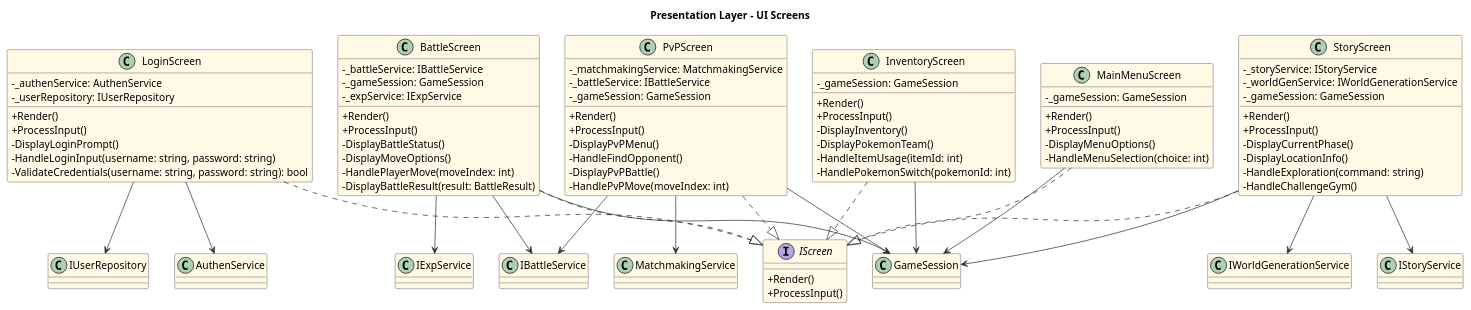
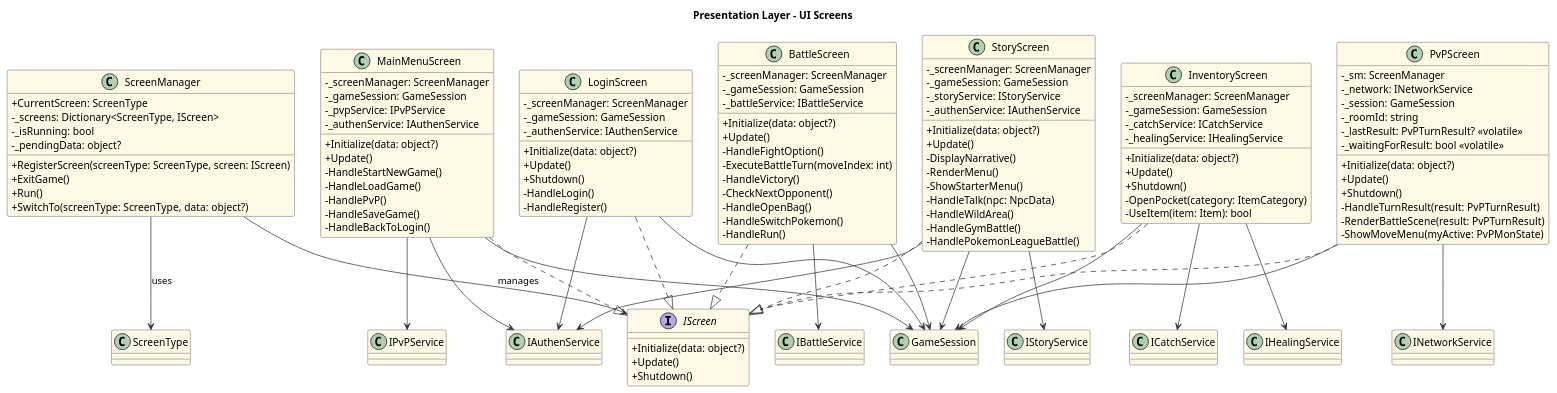
One commit to devKasumi/PokemonConsole changed the diagram in TurnBasedPokemon/Diagram/ClassDiagram/PresentationLayer.puml. Above: the diagram before and after it, drawn with PlantUML. The commit also changed 69 other files, not shown here.

Commit message:
update all the diagrams

```diff
--- a/TurnBasedPokemon/Diagram/ClassDiagram/PresentationLayer.puml
+++ b/TurnBasedPokemon/Diagram/ClassDiagram/PresentationLayer.puml
@@ -1,107 +1,144 @@
 @startuml PresentationLayerScreens
 skinparam classAttributeIconSize 0
 skinparam direction top to bottom
 skinparam class {
   BackgroundColor #FFF9E6
   BorderColor #333333
   ArrowColor #333333
 }
 
 title Presentation Layer - UI Screens
 
 interface IScreen {
-  + Render()
-  + ProcessInput()
+  + Initialize(data: object?)
+  + Update()
+  + Shutdown()
+}
+
+class ScreenManager {
+  + CurrentScreen: ScreenType
+  - _screens: Dictionary<ScreenType, IScreen>
+  - _isRunning: bool
+  - _pendingData: object?
+  + RegisterScreen(screenType: ScreenType, screen: IScreen)
+  + ExitGame()
+  + Run()
+  + SwitchTo(screenType: ScreenType, data: object?)
 }
 
 class LoginScreen {
-  - _authenService: AuthenService
-  - _userRepository: IUserRepository
-  + Render()
-  + ProcessInput()
-  - DisplayLoginPrompt()
-  - HandleLoginInput(username: string, password: string)
-  - ValidateCredentials(username: string, password: string): bool
+  - _screenManager: ScreenManager
+  - _gameSession: GameSession
+  - _authenService: IAuthenService
+  + Initialize(data: object?)
+  + Update()
+  + Shutdown()
+  - HandleLogin()
+  - HandleRegister()
 }
 
 class MainMenuScreen {
+  - _screenManager: ScreenManager
   - _gameSession: GameSession
-  + Render()
-  + ProcessInput()
-  - DisplayMenuOptions()
-  - HandleMenuSelection(choice: int)
+  - _pvpService: IPvPService
+  - _authenService: IAuthenService
+  + Initialize(data: object?)
+  + Update()
+  - HandleStartNewGame()
+  - HandleLoadGame()
+  - HandlePvP()
+  - HandleSaveGame()
+  - HandleBackToLogin()
 }
 
 class BattleScreen {
+  - _screenManager: ScreenManager
+  - _gameSession: GameSession
   - _battleService: IBattleService
-  - _gameSession: GameSession
-  - _expService: IExpService
-  + Render()
-  + ProcessInput()
-  - DisplayBattleStatus()
-  - DisplayMoveOptions()
-  - HandlePlayerMove(moveIndex: int)
-  - DisplayBattleResult(result: BattleResult)
+  + Initialize(data: object?)
+  + Update()
+  - HandleFightOption()
+  - ExecuteBattleTurn(moveIndex: int)
+  - HandleVictory()
+  - CheckNextOpponent()
+  - HandleOpenBag()
+  - HandleSwitchPokemon()
+  - HandleRun()
 }
 
 class StoryScreen {
+  - _screenManager: ScreenManager
+  - _gameSession: GameSession
   - _storyService: IStoryService
-  - _worldGenService: IWorldGenerationService
-  - _gameSession: GameSession
-  + Render()
-  + ProcessInput()
-  - DisplayCurrentPhase()
-  - DisplayLocationInfo()
-  - HandleExploration(command: string)
-  - HandleChallengeGym()
+  - _authenService: IAuthenService
+  + Initialize(data: object?)
+  + Update()
+  - DisplayNarrative()
+  - RenderMenu()
+  - ShowStarterMenu()
+  - HandleTalk(npc: NpcData)
+  - HandleWildArea()
+  - HandleGymBattle()
+  - HandlePokemonLeagueBattle()
 }
 
 class InventoryScreen {
+  - _screenManager: ScreenManager
   - _gameSession: GameSession
-  + Render()
-  + ProcessInput()
-  - DisplayInventory()
-  - DisplayPokemonTeam()
-  - HandleItemUsage(itemId: int)
-  - HandlePokemonSwitch(pokemonId: int)
+  - _catchService: ICatchService
+  - _healingService: IHealingService
+  + Initialize(data: object?)
+  + Update()
+  + Shutdown()
+  - OpenPocket(category: ItemCategory)
+  - UseItem(item: Item): bool
 }
 
 class PvPScreen {
-  - _matchmakingService: MatchmakingService
-  - _battleService: IBattleService
-  - _gameSession: GameSession
-  + Render()
-  + ProcessInput()
-  - DisplayPvPMenu()
-  - HandleFindOpponent()
-  - DisplayPvPBattle()
-  - HandlePvPMove(moveIndex: int)
+  - _sm: ScreenManager
+  - _network: INetworkService
+  - _session: GameSession
+  - _roomId: string
+  - _lastResult: PvPTurnResult? <<volatile>>
+  - _waitingForResult: bool <<volatile>>
+  + Initialize(data: object?)
+  + Update()
+  + Shutdown()
+  - HandleTurnResult(result: PvPTurnResult)
+  - RenderBattleScene(result: PvPTurnResult)
+  - ShowMoveMenu(myActive: PvPMonState)
 }
 
 ' Relationships
 LoginScreen ..|> IScreen
 MainMenuScreen ..|> IScreen
 BattleScreen ..|> IScreen
 StoryScreen ..|> IScreen
 InventoryScreen ..|> IScreen
 PvPScreen ..|> IScreen
 
-LoginScreen --> AuthenService
-LoginScreen --> IUserRepository
+ScreenManager --> IScreen : manages
+ScreenManager --> ScreenType : uses
 
+LoginScreen --> IAuthenService
+LoginScreen --> GameSession
+
+MainMenuScreen --> IPvPService
+MainMenuScreen --> IAuthenService
 MainMenuScreen --> GameSession
+
 BattleScreen --> IBattleService
 BattleScreen --> GameSession
-BattleScreen --> IExpService
 
 StoryScreen --> IStoryService
-StoryScreen --> IWorldGenerationService
+StoryScreen --> IAuthenService
 StoryScreen --> GameSession
 
+InventoryScreen --> ICatchService
+InventoryScreen --> IHealingService
 InventoryScreen --> GameSession
 
-PvPScreen --> MatchmakingService
-PvPScreen --> IBattleService
+PvPScreen --> INetworkService
 PvPScreen --> GameSession
 
 @enduml
```
